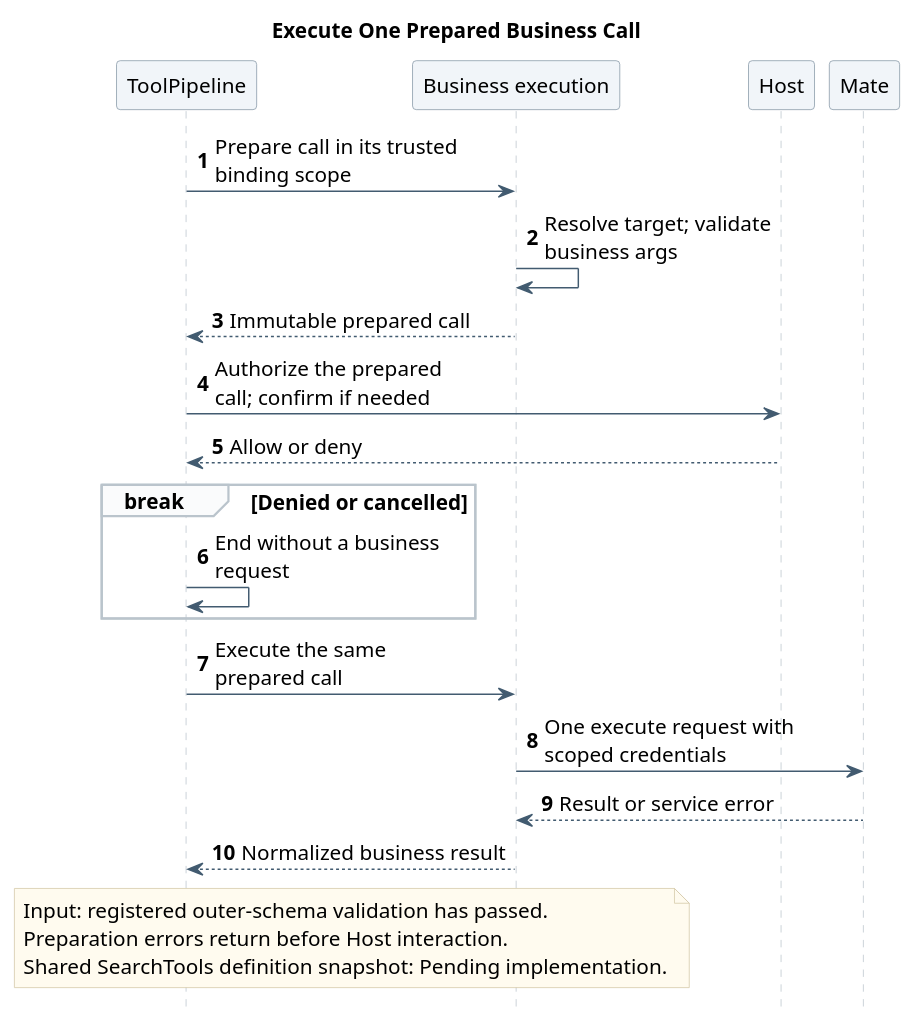
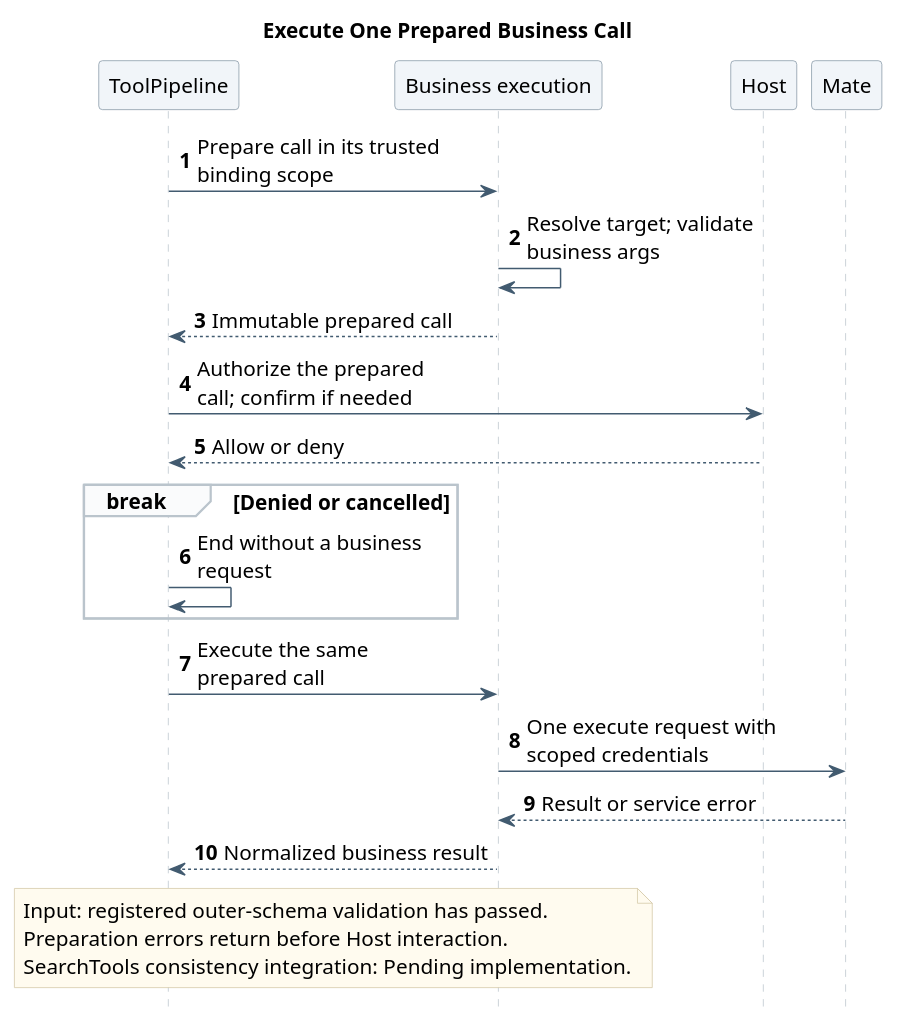
One commit to ssm0808/pi-mono-java-design changed the sixth of 13 diagrams in 01-总体架构/02-CampusClaw工具系统/diagram.puml. Above: the diagram before and after it, drawn with PlantUML. The commit also changed other lines of this file and 17 other files, not shown here.

Commit message:
docs(tools): use exact-name discovery and defer data sync

```diff
--- a/01-总体架构/02-CampusClaw工具系统/diagram.puml
+++ b/01-总体架构/02-CampusClaw工具系统/diagram.puml
@@ -355,56 +355,57 @@
 @startuml call_mate_tool_sequence
 ' Source evidence (CampusClaw ae6645caaade3b9520220a34af940210850ef36a, checked 2026-09-22):
 ' modules/coding-agent-cli/src/main/java/com/campusclaw/codingagent/tool/mate/CallTool.java: prepare
+' modules/coding-agent-cli/src/main/java/com/campusclaw/codingagent/tool/mate/MateToolResolver.java: resolveSkill, merge, validateCrossScopeNames
 ' modules/coding-agent-cli/src/main/java/com/campusclaw/codingagent/tool/mate/MateToolAdapter.java: prepare
 ' modules/coding-agent-cli/src/main/java/com/campusclaw/codingagent/tool/mate/MateToolExecutor.java: prepareSkill, prepareAgent, executePrepared
 ' modules/coding-agent-cli/src/main/java/com/campusclaw/codingagent/common/client/HttpMateToolClient.java: callTool
 ' Baseline evidence (pi 95fbc04997eaee961eb673fa7923e9220609ebd5):
 ' packages/agent/src/agent-loop.ts: prepareToolCall, executePreparedToolCall
 ' Auxiliary evidence (DSH c36a83ff6bb95e3f82cf79f9be7c724270a8aa61, alpha):
 ' packages/core/tools/src/index.ts: prepareExecution, dispatchToolBody
 ' packages/core/tools/src/schema.ts: defineTool
 ' Observed behavior: CallTool business validation runs during preparation before Host hooks, and approval executes the prepared invocation.
-' Design reason: SearchTools and execution must resolve one immutable Session definition snapshot.
-' Pending implementation: ToolDefinitionSnapshot integration and SearchTools.
+' Design reason: Discovery and validation must agree on the definition; data loading is designed separately.
+' Pending implementation: SearchTools and discovery consistency integration.
 ' Stable block identity retained for existing document links.
 ' Presentation: one responsibility-level scenario; implementation details remain in the linked document.
 skinparam backgroundColor white
 skinparam defaultFontName SansSerif
 skinparam defaultFontSize 14
 skinparam shadowing false
 skinparam sequenceMessageAlign left
 skinparam maxMessageSize 180
 skinparam sequenceArrowColor #425B70
 skinparam sequenceLifeLineBorderColor #BAC4CC
 skinparam sequenceParticipantBackgroundColor #F1F5F9
 skinparam sequenceParticipantBorderColor #8496A4
 skinparam sequenceGroupBackgroundColor #FAFBFC
 skinparam sequenceGroupBorderColor #BAC4CC
 skinparam noteBackgroundColor #FFFBEF
 skinparam noteBorderColor #D2C6A5
 hide footbox
 autonumber
 
 title Execute One Prepared Business Call
 participant ToolPipeline as Pipeline
 participant "Business execution" as Execution
 participant Host
 participant Mate
 Pipeline -> Execution : Prepare call in its trusted binding scope
 Execution -> Execution : Resolve target; validate business args
 Execution --> Pipeline : Immutable prepared call
 Pipeline -> Host : Authorize the prepared call; confirm if needed
 Host --> Pipeline : Allow or deny
 break Denied or cancelled
   Pipeline -> Pipeline : End without a business request
 end
 Pipeline -> Execution : Execute the same prepared call
 Execution -> Mate : One execute request with scoped credentials
 Mate --> Execution : Result or service error
 Execution --> Pipeline : Normalized business result
 note over Pipeline,Execution
   Input: registered outer-schema validation has passed.
   Preparation errors return before Host interaction.
-  Shared SearchTools definition snapshot: Pending implementation.
+  SearchTools consistency integration: Pending implementation.
 end note
 @enduml
```
